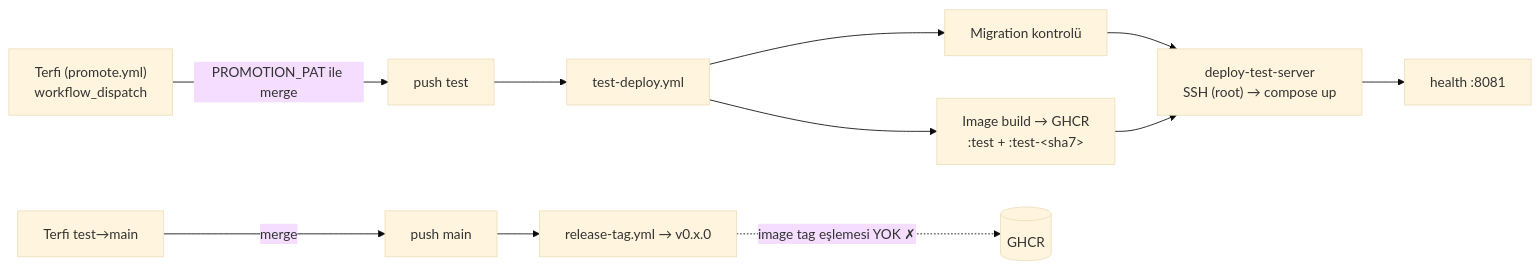
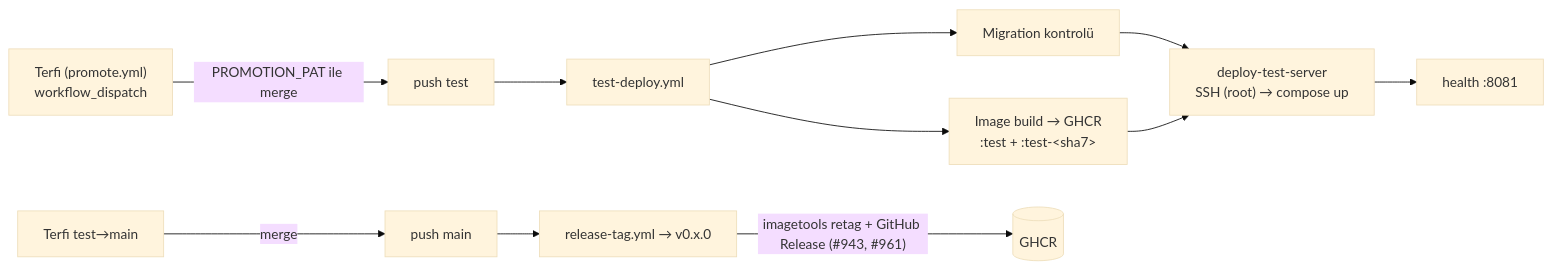
The second of 4 diagrams in devops-audit-raporu.md (Divizyon/cargo-pilot), drawn with Mermaid (base theme) before and after one commit. The commit also changed other lines of this file, not shown here.

````diff
--- a/devops-audit-raporu.md
+++ b/devops-audit-raporu.md
@@ -52,13 +54,13 @@
 ```mermaid
 flowchart LR
   T1["Terfi (promote.yml)\nworkflow_dispatch"] -->|"PROMOTION_PAT ile merge"| PT["push test"]
   PT --> TD[test-deploy.yml]
   TD --> MC["Migration kontrolü"]
   TD --> B["Image build → GHCR\n:test + :test-&lt;sha7&gt;"]
   MC --> D["deploy-test-server\nSSH (root) → compose up"]
   B --> D
   D --> H["health :8081"]
   T2["Terfi test→main"] -->|merge| PM["push main"]
   PM --> RT["release-tag.yml → v0.x.0"]
-  RT -. "image tag eşlemesi YOK ✗" .-> G[("GHCR")]
+  RT -->|"imagetools retag + GitHub Release (#943, #961)"| G[("GHCR")]
 ```
````
